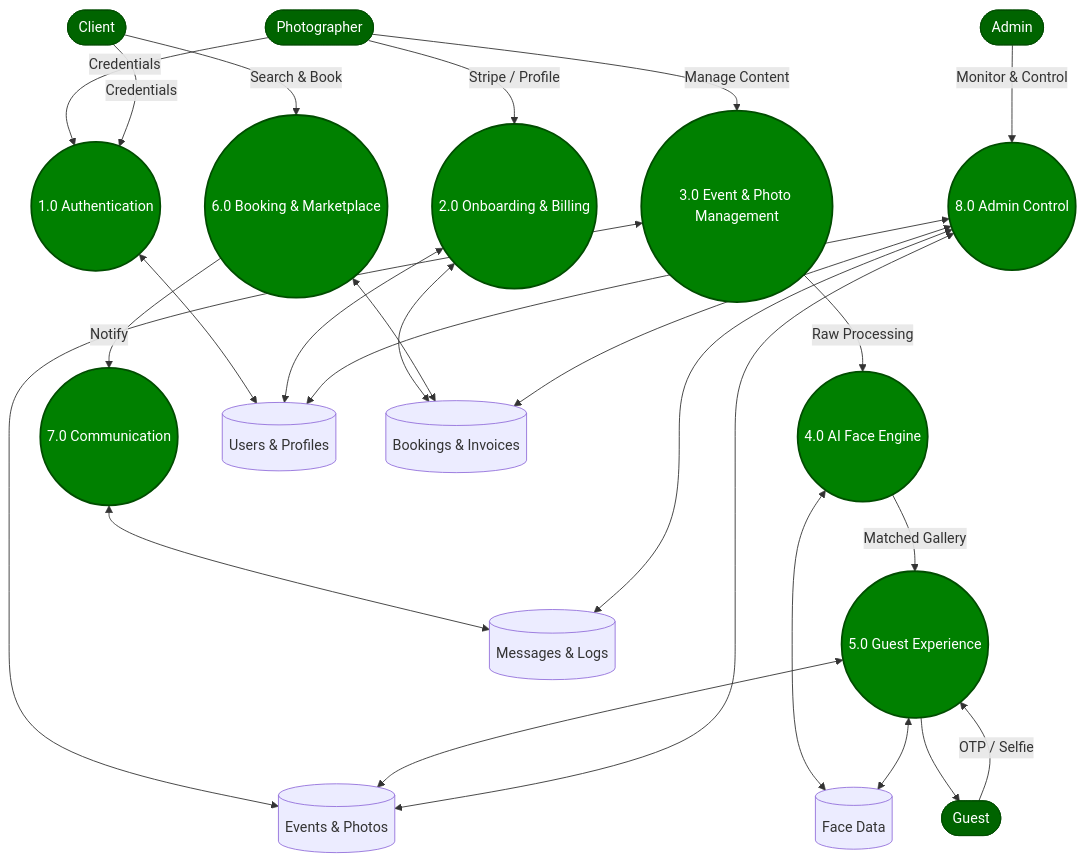
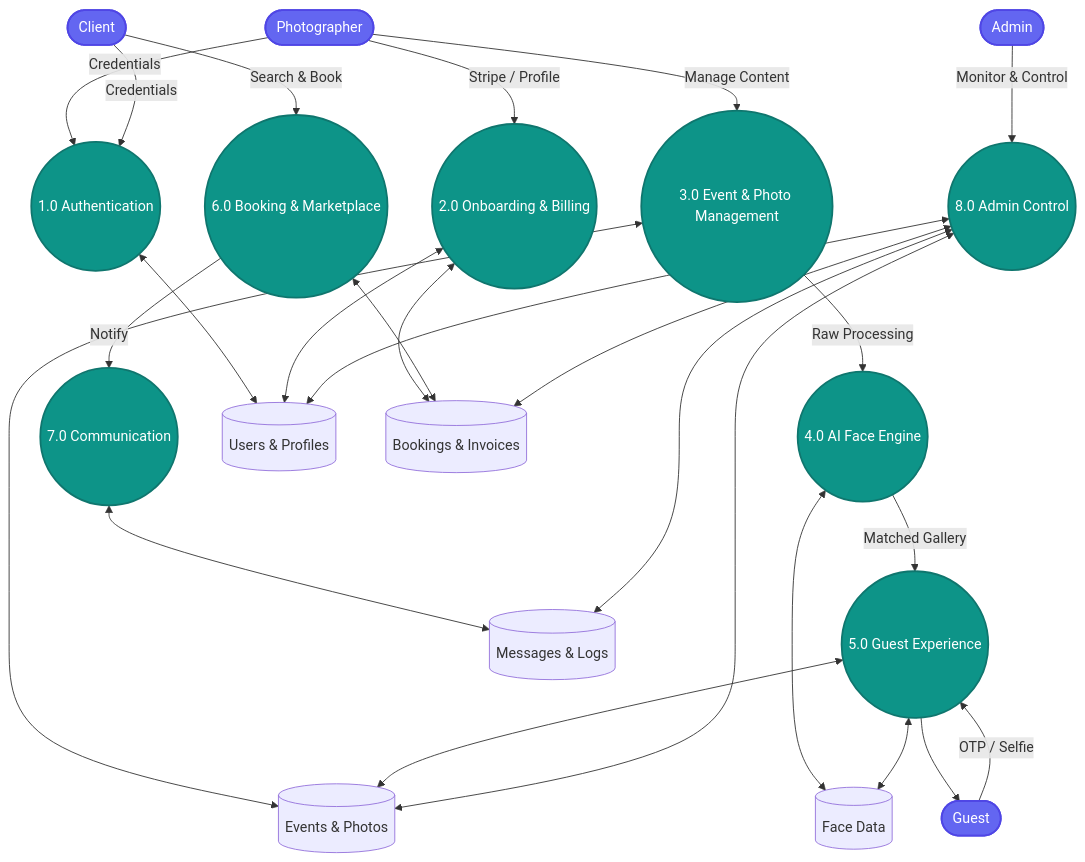
Before and after one commit to JoelJose212/SnapMoment: the second of 13 diagrams in README.md, drawn with Mermaid. The commit also changed other lines of this file, not shown here.

````diff
--- a/README.md
+++ b/README.md
@@ -102,62 +102,62 @@
 ```mermaid
 flowchart TD
     %% Entities
     Photographer([Photographer])
     Client([Client])
     Guest([Guest])
     Admin([Admin])
 
     %% Processes (Circles)
     P1((1.0 Authentication))
     P2((2.0 Onboarding & Billing))
     P3((3.0 Event & Photo Management))
     P4((4.0 AI Face Engine))
     P5((5.0 Guest Experience))
     P6((6.0 Booking & Marketplace))
     P7((7.0 Communication))
     P8((8.0 Admin Control))
 
     %% Data Stores
     D1[(Users & Profiles)]
     D2[(Events & Photos)]
     D3[(Face Data)]
     D4[(Bookings & Invoices)]
     D5[(Messages & Logs)]
 
     %% Flows
     Photographer & Client -- "Credentials" --> P1 <--> D1
     
     Photographer -- "Stripe / Profile" --> P2 <--> D4
     P2 <--> D1
     
     Photographer -- "Manage Content" --> P3 <--> D2
     P3 -- "Raw Processing" --> P4 <--> D3
     
     Guest -- "OTP / Selfie" --> P5 <--> D2
     P5 <--> D3
     P4 -- "Matched Gallery" --> P5 --> Guest
     
     Client -- "Search & Book" --> P6 <--> D4
     P6 -- "Notify" --> P7 <--> D5
     
     Admin -- "Monitor & Control" --> P8
     P8 <--> D1
     P8 <--> D2
     P8 <--> D4
     P8 <--> D5
 
     %% Styling
-    style P1 fill:#008000,color:#fff,stroke:#004d00,stroke-width:2px
-    style P2 fill:#008000,color:#fff,stroke:#004d00,stroke-width:2px
-    style P3 fill:#008000,color:#fff,stroke:#004d00,stroke-width:2px
-    style P4 fill:#008000,color:#fff,stroke:#004d00,stroke-width:2px
-    style P5 fill:#008000,color:#fff,stroke:#004d00,stroke-width:2px
-    style P6 fill:#008000,color:#fff,stroke:#004d00,stroke-width:2px
-    style P7 fill:#008000,color:#fff,stroke:#004d00,stroke-width:2px
-    style P8 fill:#008000,color:#fff,stroke:#004d00,stroke-width:2px
+    style P1 fill:#0d9488,color:#fff,stroke:#0f766e,stroke-width:2px
+    style P2 fill:#0d9488,color:#fff,stroke:#0f766e,stroke-width:2px
+    style P3 fill:#0d9488,color:#fff,stroke:#0f766e,stroke-width:2px
+    style P4 fill:#0d9488,color:#fff,stroke:#0f766e,stroke-width:2px
+    style P5 fill:#0d9488,color:#fff,stroke:#0f766e,stroke-width:2px
+    style P6 fill:#0d9488,color:#fff,stroke:#0f766e,stroke-width:2px
+    style P7 fill:#0d9488,color:#fff,stroke:#0f766e,stroke-width:2px
+    style P8 fill:#0d9488,color:#fff,stroke:#0f766e,stroke-width:2px
     
-    style Photographer fill:#006400,color:#fff,stroke:#004d00
-    style Client fill:#006400,color:#fff,stroke:#004d00
-    style Guest fill:#006400,color:#fff,stroke:#004d00
-    style Admin fill:#006400,color:#fff,stroke:#004d00
+    style Photographer fill:#6366f1,color:#fff,stroke:#4f46e5,stroke-width:2px
+    style Client fill:#6366f1,color:#fff,stroke:#4f46e5,stroke-width:2px
+    style Guest fill:#6366f1,color:#fff,stroke:#4f46e5,stroke-width:2px
+    style Admin fill:#6366f1,color:#fff,stroke:#4f46e5,stroke-width:2px
 ```
````
